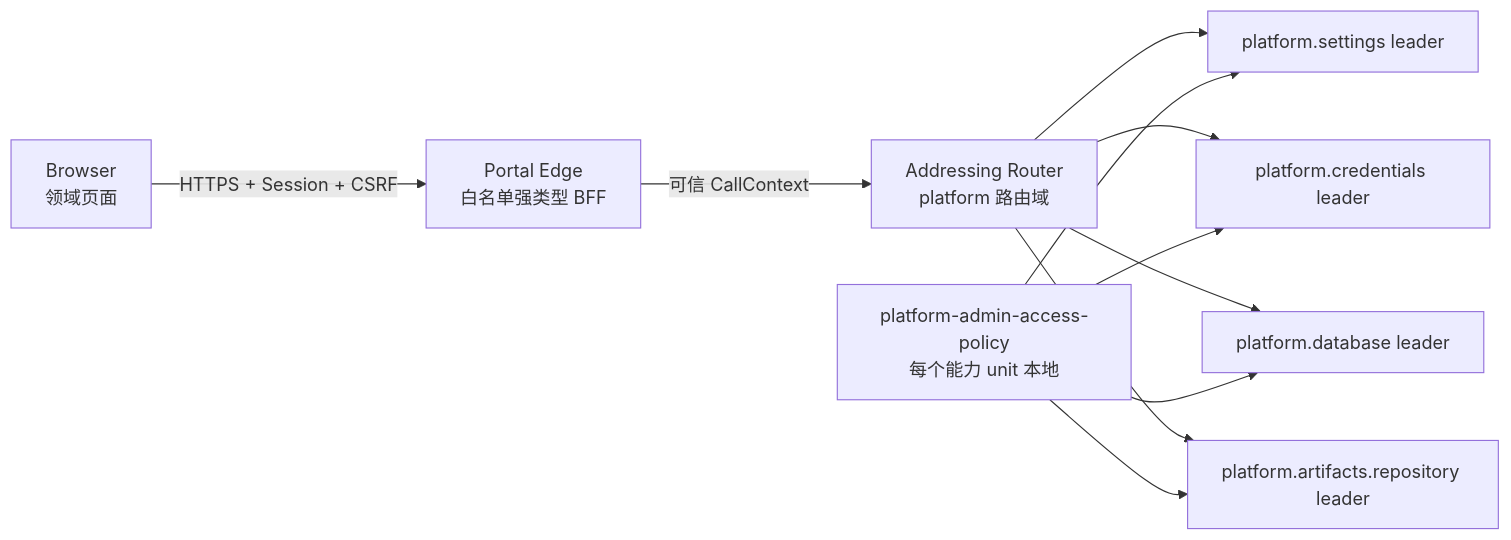
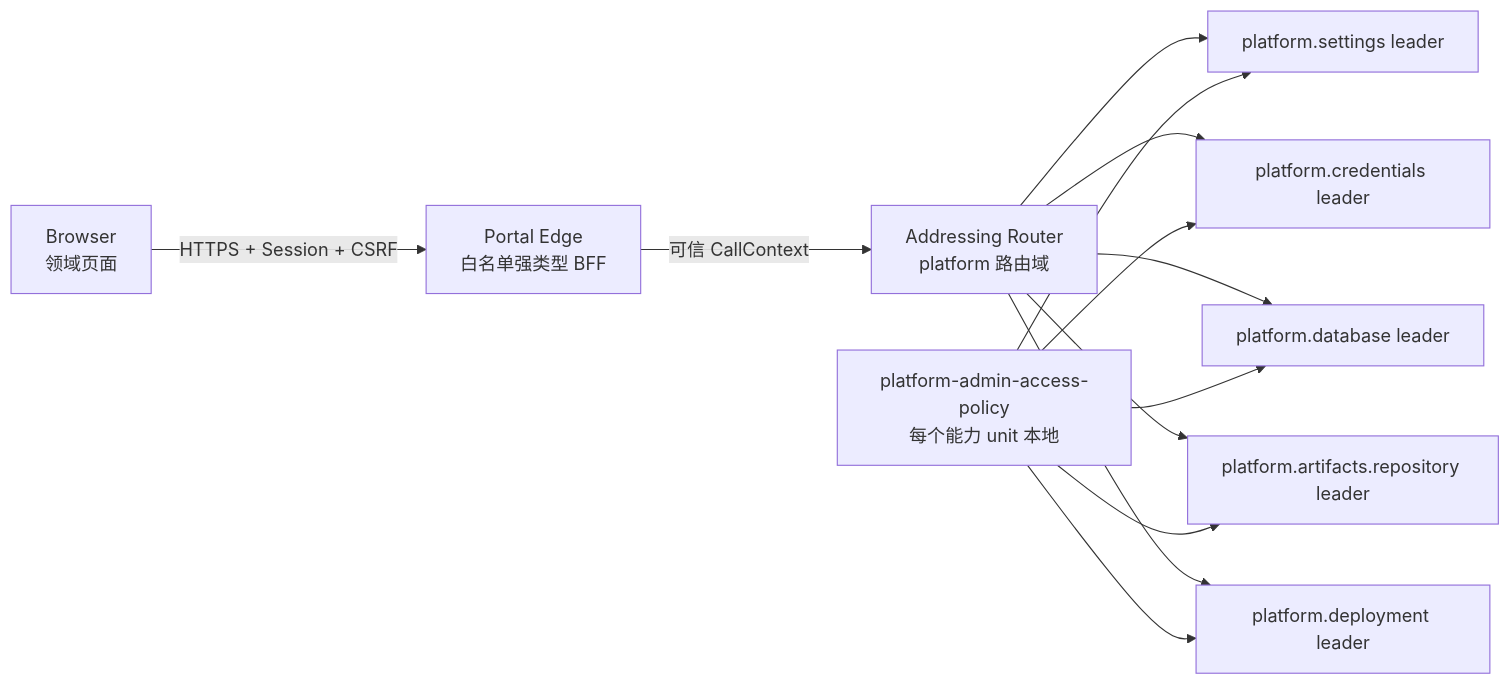
Before and after one commit to yandt/VastPlan: the diagram in docs/dev/architecture/平台管理中心.md, drawn with Mermaid. The commit also changed other lines of this file and 35 other files, not shown here.

````diff
--- a/docs/dev/architecture/平台管理中心.md
+++ b/docs/dev/architecture/平台管理中心.md
@@ -11,13 +11,15 @@
 ```mermaid
 flowchart LR
   B["Browser\n领域页面"] -->|"HTTPS + Session + CSRF"| E["Portal Edge\n白名单强类型 BFF"]
   E -->|"可信 CallContext"| R["Addressing Router\nplatform 路由域"]
   R --> S["platform.settings leader"]
   R --> C["platform.credentials leader"]
   R --> D["platform.database leader"]
   R --> A["platform.artifacts.repository leader"]
+  R --> M["platform.deployment leader"]
   P["platform-admin-access-policy\n每个能力 unit 本地"] --> S
   P --> C
   P --> D
   P --> A
+  P --> M
 ```
````
